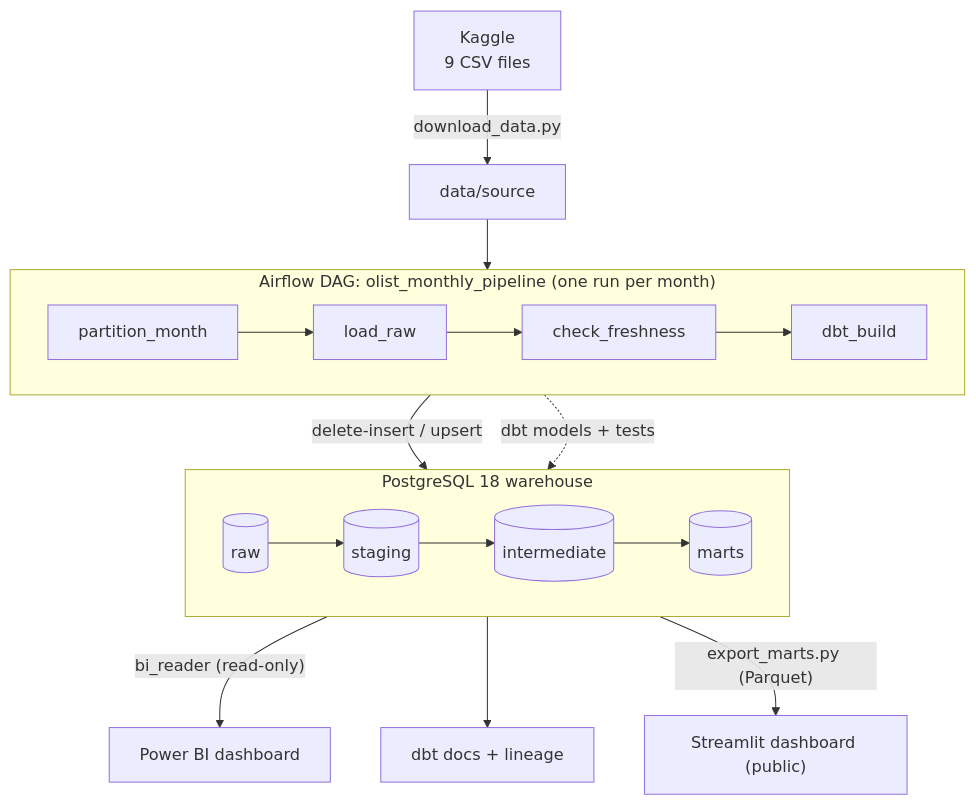
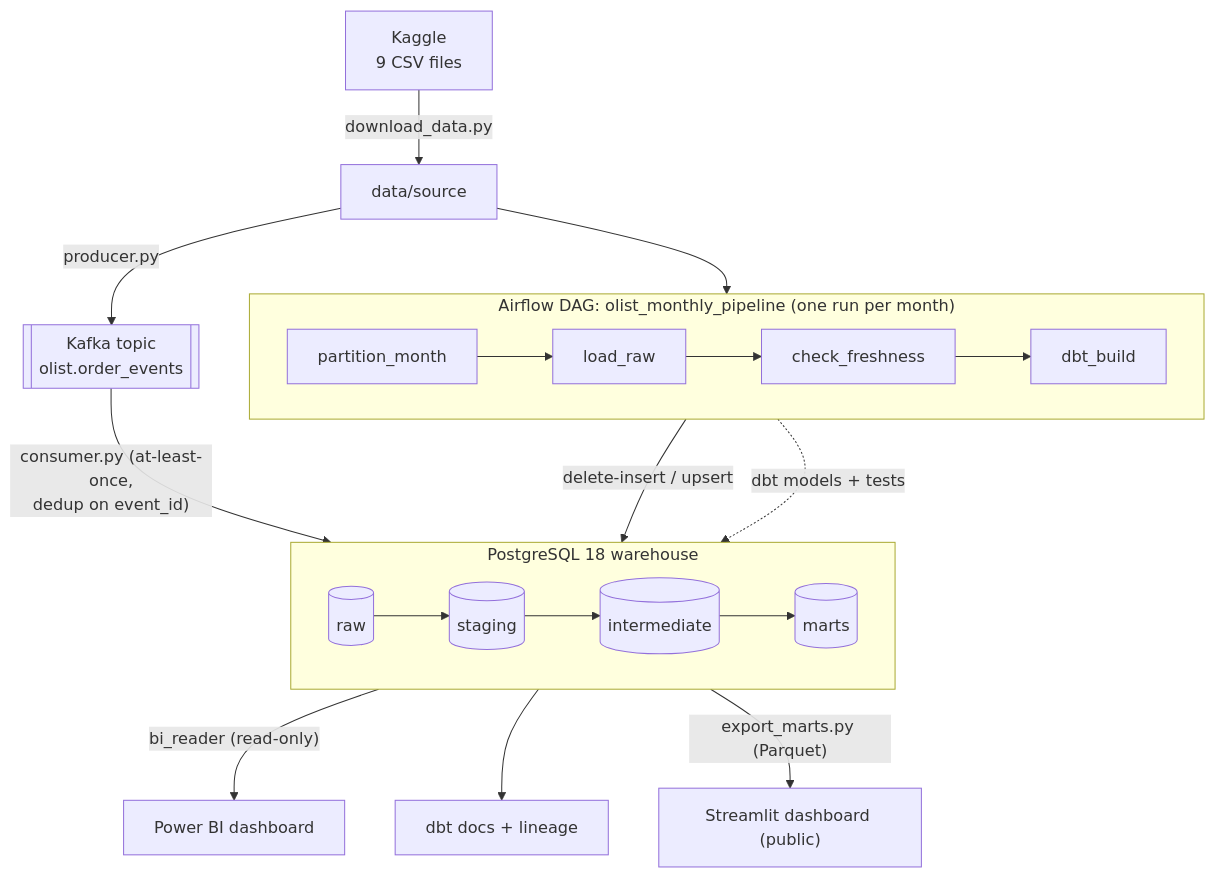
The diagram in README.md (rohid001/olist-data-pipeline), drawn with Mermaid before and after one commit. The commit also changed other lines of this file and 21 other files, not shown here.

Commit message:
Update develope 3: Add Kafka event stream: producer, idempotent consumer, and incremental

````diff
--- a/README.md
+++ b/README.md
@@ -40,22 +43,24 @@
 ```mermaid
 flowchart TB
     kaggle["Kaggle<br/>9 CSV files"] -->|download_data.py| source["data/source"]
 
     subgraph airflow["Airflow DAG: olist_monthly_pipeline (one run per month)"]
         direction LR
         partition["partition_month"] --> load["load_raw"] --> fresh["check_freshness"] --> build["dbt_build"]
     end
 
     source --> partition
+    source -->|producer.py| kafka[["Kafka topic<br/>olist.order_events"]]
+    kafka -->|"consumer.py (at-least-once,<br/>dedup on event_id)"| raw
     load -->|"delete-insert / upsert"| raw
 
     subgraph warehouse["PostgreSQL 18 warehouse"]
         direction LR
         raw[("raw")] --> staging[("staging")] --> intermediate[("intermediate")] --> marts[("marts")]
     end
 
     build -.->|dbt models + tests| staging
     marts -->|"bi_reader (read-only)"| powerbi["Power BI dashboard"]
     marts --> docs["dbt docs + lineage"]
     marts -->|"export_marts.py (Parquet)"| streamlit["Streamlit dashboard (public)"]
 ```
````
